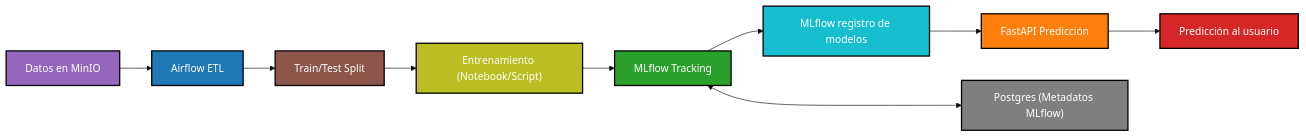
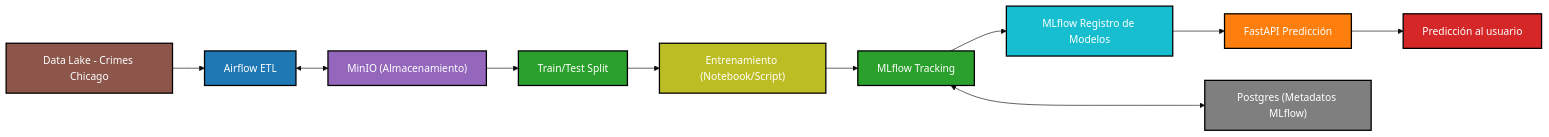
One commit to gjmv/CEIA_2025_B3_MLOps1_TP changed the second of 3 diagrams in README.md. Above: the diagram before and after it, drawn with Mermaid (base theme). The commit also changed other lines of this file, not shown here.

Commit message:
Update README.md
ajustes en los diagramas.

````diff
--- a/README.md
+++ b/README.md
@@ -141,24 +143,26 @@
 ```mermaid
 flowchart LR
-    A["Datos en MinIO"] --> B["Airflow ETL"]
-    B --> C["Train/Test Split"]
-    C --> D["Entrenamiento (Notebook/Script)"]
-    D --> E["MLflow Tracking"]
-    E --> F["MLflow registro de modelos"]
-    F --> G["FastAPI Predicción"]
-    G --> H["Predicción al usuario"]
+    A["Data Lake - Crimes Chicago"] --> B["Airflow ETL"]
+    B <--> C["MinIO (Almacenamiento)"]
+    C --> D["Train/Test Split"]
+    D --> E["Entrenamiento (Notebook/Script)"]
+    E --> F["MLflow Tracking"]
+    F --> G["MLflow Registro de Modelos"]
+    G --> H["FastAPI Predicción"]
+    H --> I["Predicción al usuario"]
 
     %% Integración con Postgres
-    E <---> I["Postgres (Metadatos MLflow)"]
+    F <---> J["Postgres (Metadatos MLflow)"]
 
     %% Estilos
-    style A fill:#9467bd,stroke:#000,stroke-width:2px,color:#fff
+    style A fill:#8c564b,stroke:#000,stroke-width:2px,color:#fff
     style B fill:#1f77b4,stroke:#000,stroke-width:2px,color:#fff
-    style C fill:#8c564b,stroke:#000,stroke-width:2px,color:#fff
-    style D fill:#bcbd22,stroke:#000,stroke-width:2px,color:#fff
-    style E fill:#2ca02c,stroke:#000,stroke-width:2px,color:#fff
-    style F fill:#17becf,stroke:#000,stroke-width:2px,color:#fff
-    style G fill:#ff7f0e,stroke:#000,stroke-width:2px,color:#fff
-    style H fill:#d62728,stroke:#000,stroke-width:2px,color:#fff
-    style I fill:#7f7f7f,stroke:#000,stroke-width:2px,color:#fff
+    style C fill:#9467bd,stroke:#000,stroke-width:2px,color:#fff
+    style D fill:#2ca02c,stroke:#000,stroke-width:2px,color:#fff
+    style E fill:#bcbd22,stroke:#000,stroke-width:2px,color:#fff
+    style F fill:#2ca02c,stroke:#000,stroke-width:2px,color:#fff
+    style G fill:#17becf,stroke:#000,stroke-width:2px,color:#fff
+    style H fill:#ff7f0e,stroke:#000,stroke-width:2px,color:#fff
+    style I fill:#d62728,stroke:#000,stroke-width:2px,color:#fff
+    style J fill:#7f7f7f,stroke:#000,stroke-width:2px,color:#fff
 ```
````
